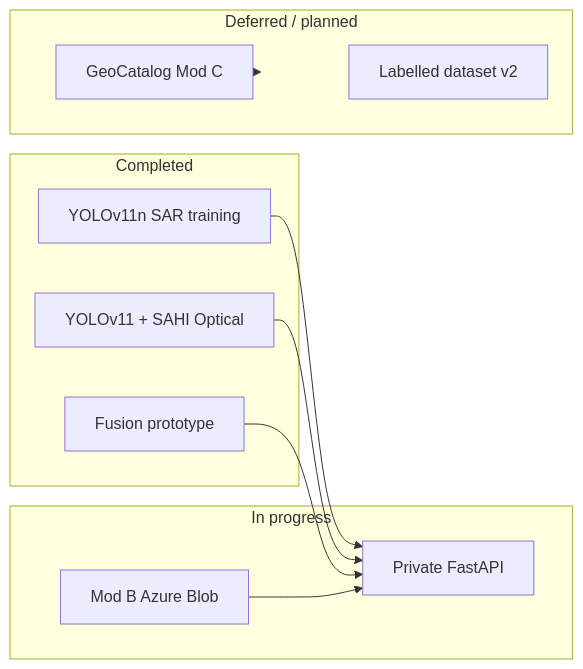
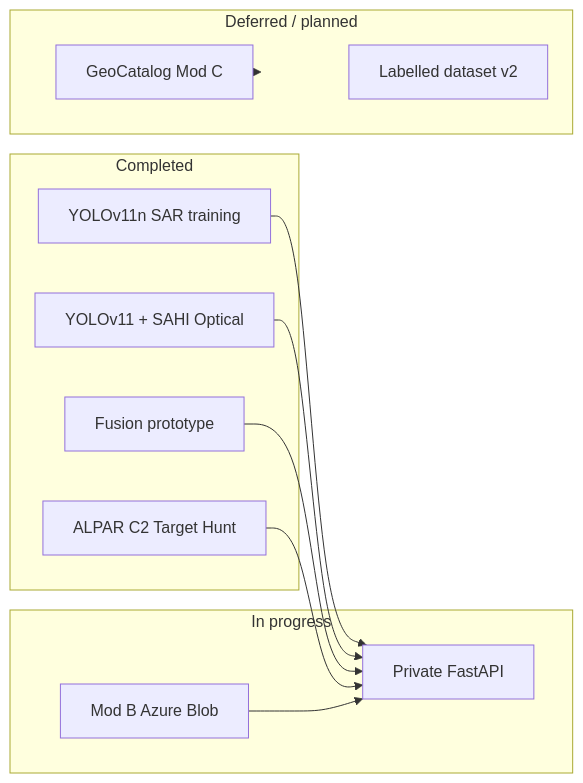
One commit to Abisat5/Sar-geoprocessing-platform-public changed the diagram in README.md. Above: the diagram before and after it, drawn with Mermaid. The commit also changed other lines of this file and 3 other files, not shown here.

Commit message:
Document ALPAR C2 Target Hunt validation and NASA ASF integration

````diff
--- a/README.md
+++ b/README.md
@@ -358,21 +417,23 @@
 ```mermaid
 flowchart LR
   subgraph done [Completed]
     YOLO[YOLOv11n SAR training]
     SAHI[YOLOv11 + SAHI Optical]
     FUS[Fusion prototype]
+    C2[ALPAR C2 Target Hunt]
   end
   subgraph now [In progress]
     B[Mod B Azure Blob]
     API[Private FastAPI]
   end
   subgraph later [Deferred / planned]
     C[GeoCatalog Mod C]
     ML[Labelled dataset v2]
   end
   YOLO --> API
   SAHI --> API
+  C2 --> API
   B --> API
   FUS --> API
   C -.-> later
 ```
````
